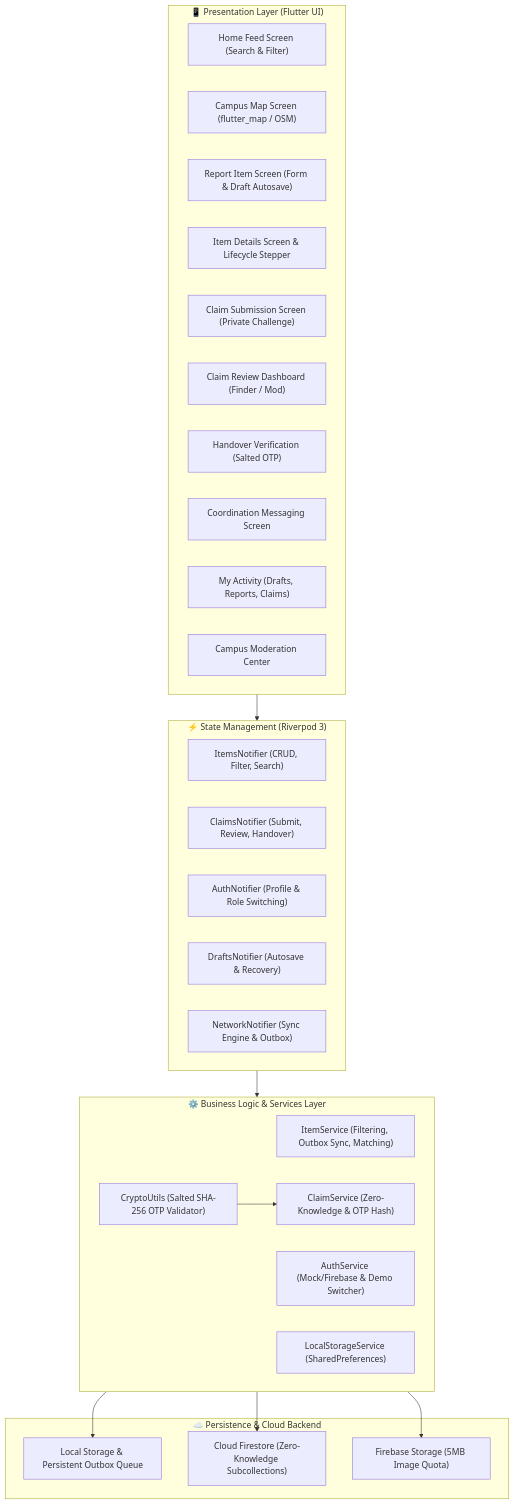
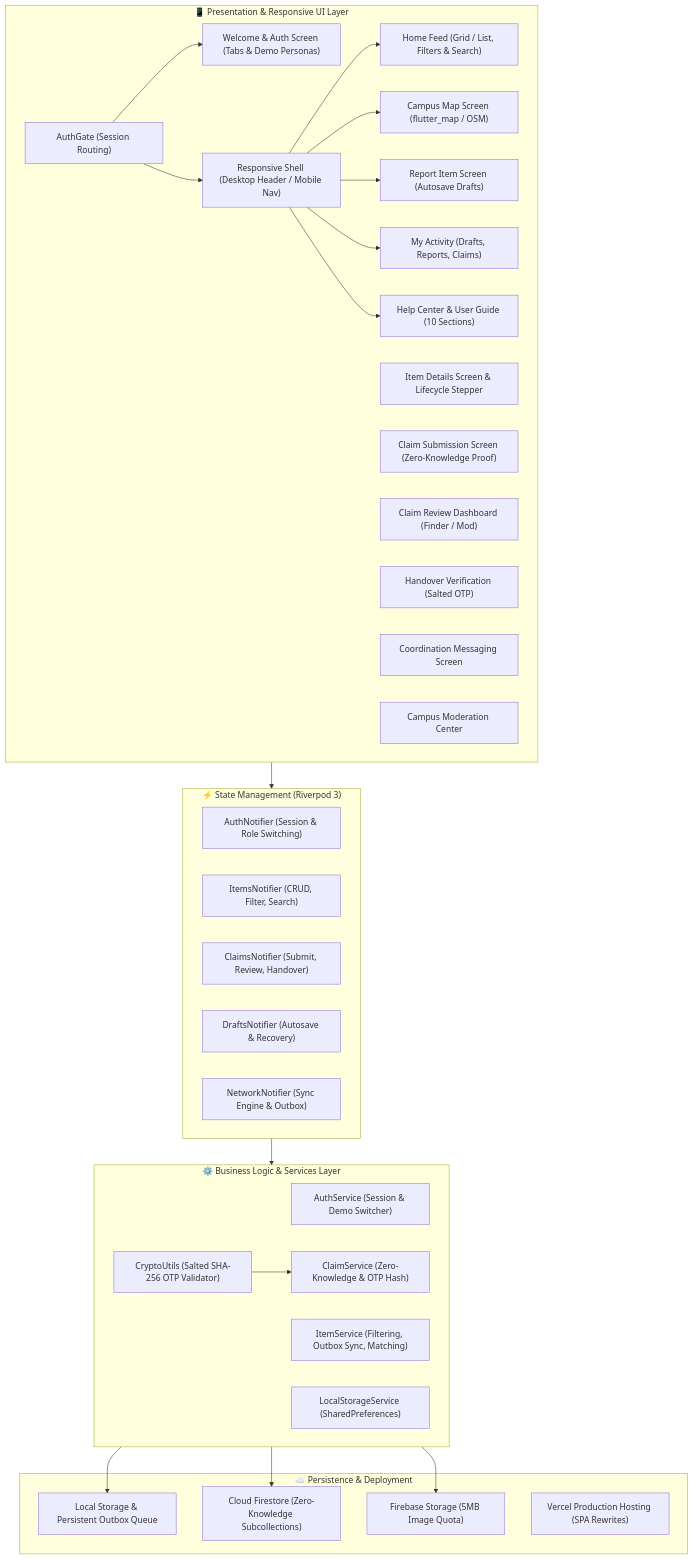
Before and after one commit to SarveshS1407/ReFind-CC: the first of 2 diagrams in README.md, drawn with Mermaid. The commit also changed other lines of this file and 37 other files, not shown here.

Commit message:
feat: complete UI/UX redesign, responsive layout, auth flow, help center, and Vercel deployment

````diff
--- a/README.md
+++ b/README.md
@@ -32,44 +36,56 @@
 ```mermaid
 flowchart TD
-    subgraph UI_Layer ["📱 Presentation Layer (Flutter UI)"]
-        HomeFeed["Home Feed Screen (Search & Filter)"]
+    subgraph UI_Layer ["📱 Presentation & Responsive UI Layer"]
+        AuthGate["AuthGate (Session Routing)"]
+        WelcomeScreen["Welcome & Auth Screen (Tabs & Demo Personas)"]
+        HelpScreen["Help Center & User Guide (10 Sections)"]
+        ResponsiveShell["Responsive Shell (Desktop Header / Mobile Nav)"]
+        HomeFeed["Home Feed (Grid / List, Filters & Search)"]
         MapScreen["Campus Map Screen (flutter_map / OSM)"]
-        ReportItem["Report Item Screen (Form & Draft Autosave)"]
+        ReportItem["Report Item Screen (Autosave Drafts)"]
         ItemDetails["Item Details Screen & Lifecycle Stepper"]
-        SubmitClaim["Claim Submission Screen (Private Challenge)"]
+        SubmitClaim["Claim Submission Screen (Zero-Knowledge Proof)"]
         ClaimMgmt["Claim Review Dashboard (Finder / Mod)"]
         HandoverScreen["Handover Verification (Salted OTP)"]
         ChatScreen["Coordination Messaging Screen"]
         MyActivity["My Activity (Drafts, Reports, Claims)"]
         ModScreen["Campus Moderation Center"]
     end
 
     subgraph State_Layer ["⚡ State Management (Riverpod 3)"]
+        AuthNotifier["AuthNotifier (Session & Role Switching)"]
         ItemsNotifier["ItemsNotifier (CRUD, Filter, Search)"]
         ClaimsNotifier["ClaimsNotifier (Submit, Review, Handover)"]
-        AuthNotifier["AuthNotifier (Profile & Role Switching)"]
         DraftsNotifier["DraftsNotifier (Autosave & Recovery)"]
         NetworkNotifier["NetworkNotifier (Sync Engine & Outbox)"]
     end
 
     subgraph Service_Layer ["⚙️ Business Logic & Services Layer"]
+        AuthService["AuthService (Session & Demo Switcher)"]
         ItemService["ItemService (Filtering, Outbox Sync, Matching)"]
         ClaimService["ClaimService (Zero-Knowledge & OTP Hash)"]
-        AuthService["AuthService (Mock/Firebase & Demo Switcher)"]
         LocalStorage["LocalStorageService (SharedPreferences)"]
         CryptoUtils["CryptoUtils (Salted SHA-256 OTP Validator)"]
     end
 
-    subgraph Backend_Layer ["☁️ Persistence & Cloud Backend"]
+    subgraph Backend_Layer ["☁️ Persistence & Deployment"]
         LocalCache["Local Storage & Persistent Outbox Queue"]
         Firestore["Cloud Firestore (Zero-Knowledge Subcollections)"]
         CloudStorage["Firebase Storage (5MB Image Quota)"]
+        VercelHost["Vercel Production Hosting (SPA Rewrites)"]
     end
 
+    AuthGate --> WelcomeScreen
+    AuthGate --> ResponsiveShell
+    ResponsiveShell --> HomeFeed
+    ResponsiveShell --> MapScreen
+    ResponsiveShell --> ReportItem
+    ResponsiveShell --> MyActivity
+    ResponsiveShell --> HelpScreen
     UI_Layer --> State_Layer
     State_Layer --> Service_Layer
     Service_Layer --> LocalCache
     Service_Layer --> Firestore
     Service_Layer --> CloudStorage
     CryptoUtils --> ClaimService
 ```
````
